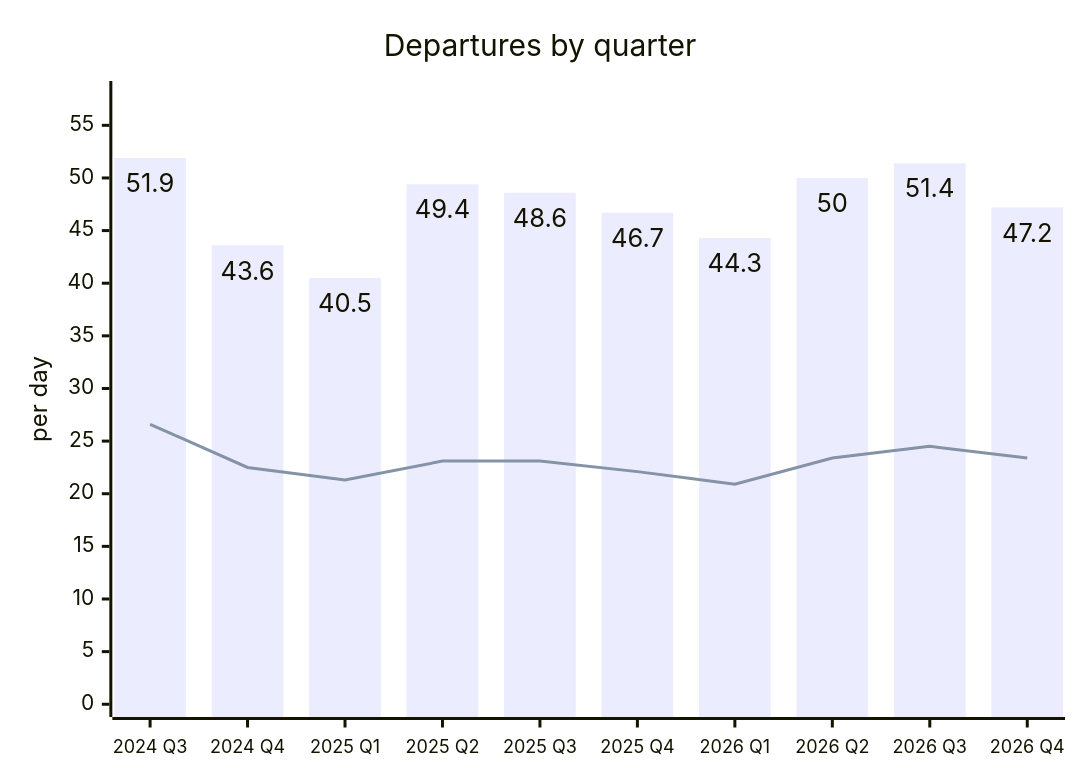
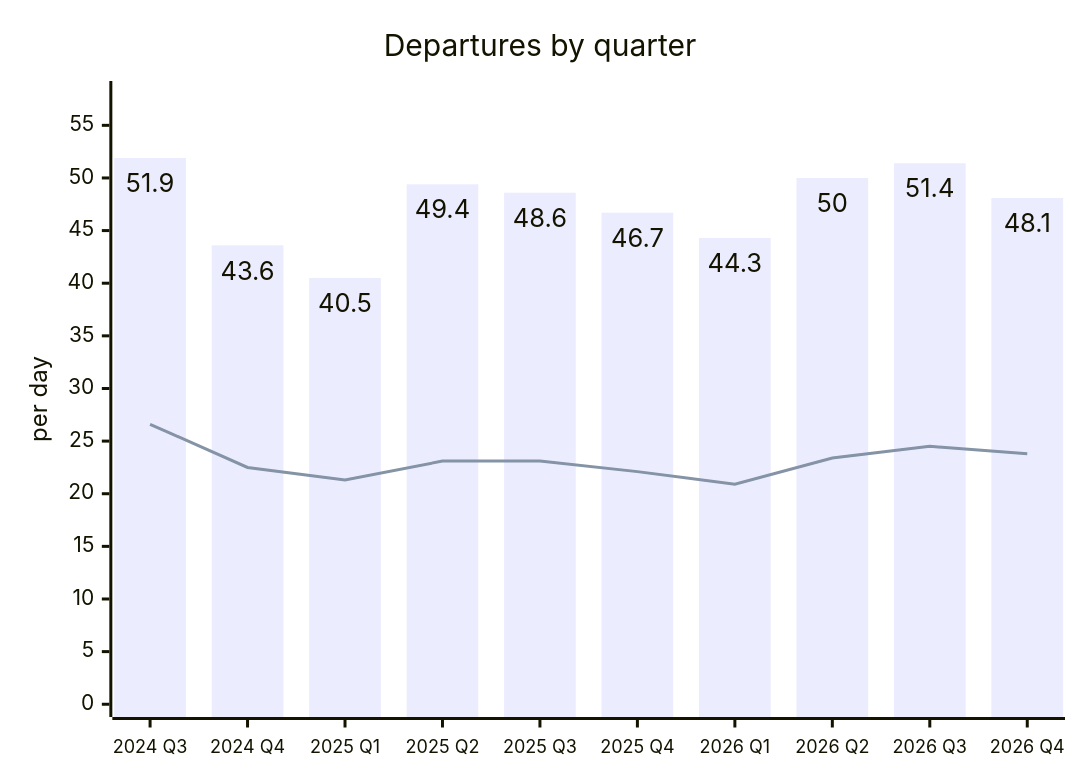
Before and after one commit to rainermesi/tll-airport-departures: the second of 2 diagrams in README.md, drawn with Mermaid. The commit also changed other lines of this file and 3 other files, not shown here.

````diff
--- a/README.md
+++ b/README.md
@@ -54,15 +54,15 @@
 ```mermaid
 ---
 config:
   xyChart:
     showDataLabel: true
     xAxis:
       labelFontSize: 12
 ---
 xychart-beta
     title "Departures by quarter"
     x-axis ["2024 Q3", "2024 Q4", "2025 Q1", "2025 Q2", "2025 Q3", "2025 Q4", "2026 Q1", "2026 Q2", "2026 Q3", "2026 Q4"]
     y-axis "per day" 0 --> 58
-    bar [51.9, 43.6, 40.5, 49.4, 48.6, 46.7, 44.3, 50.0, 51.4, 47.2]
-    line [26.6, 22.5, 21.3, 23.1, 23.1, 22.1, 20.9, 23.4, 24.5, 23.4]
+    bar [51.9, 43.6, 40.5, 49.4, 48.6, 46.7, 44.3, 50.0, 51.4, 48.1]
+    line [26.6, 22.5, 21.3, 23.1, 23.1, 22.1, 20.9, 23.4, 24.5, 23.8]
 ```
````
